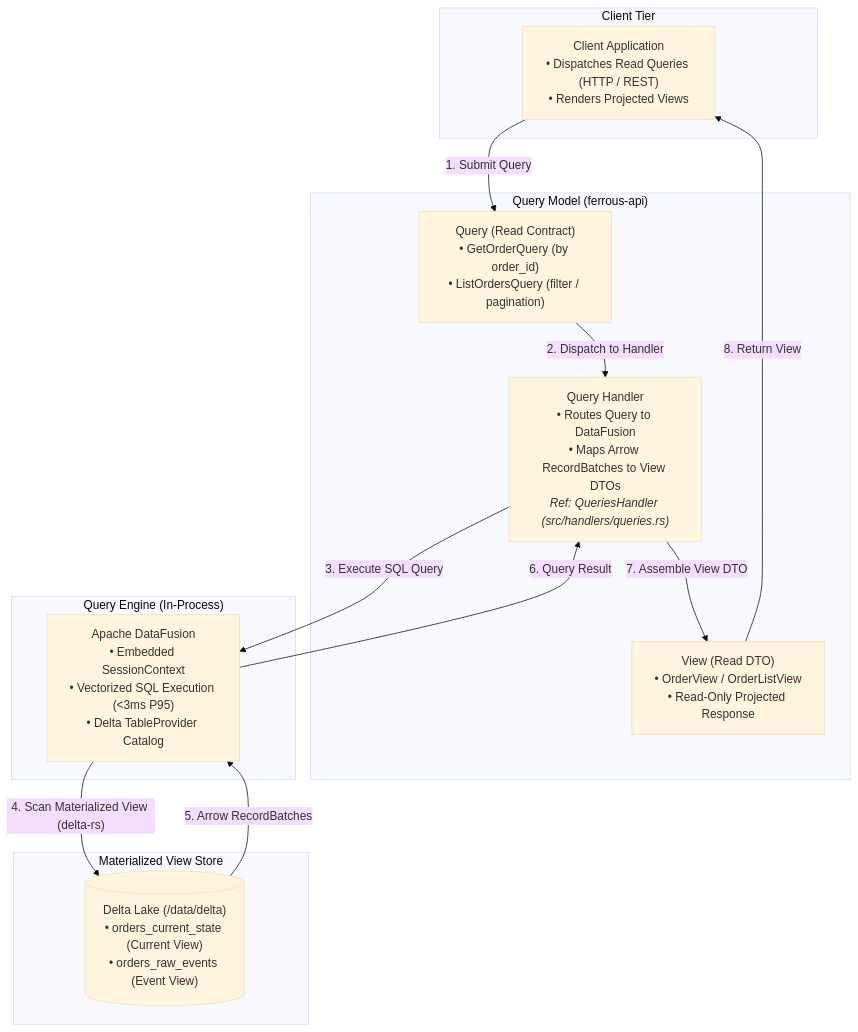
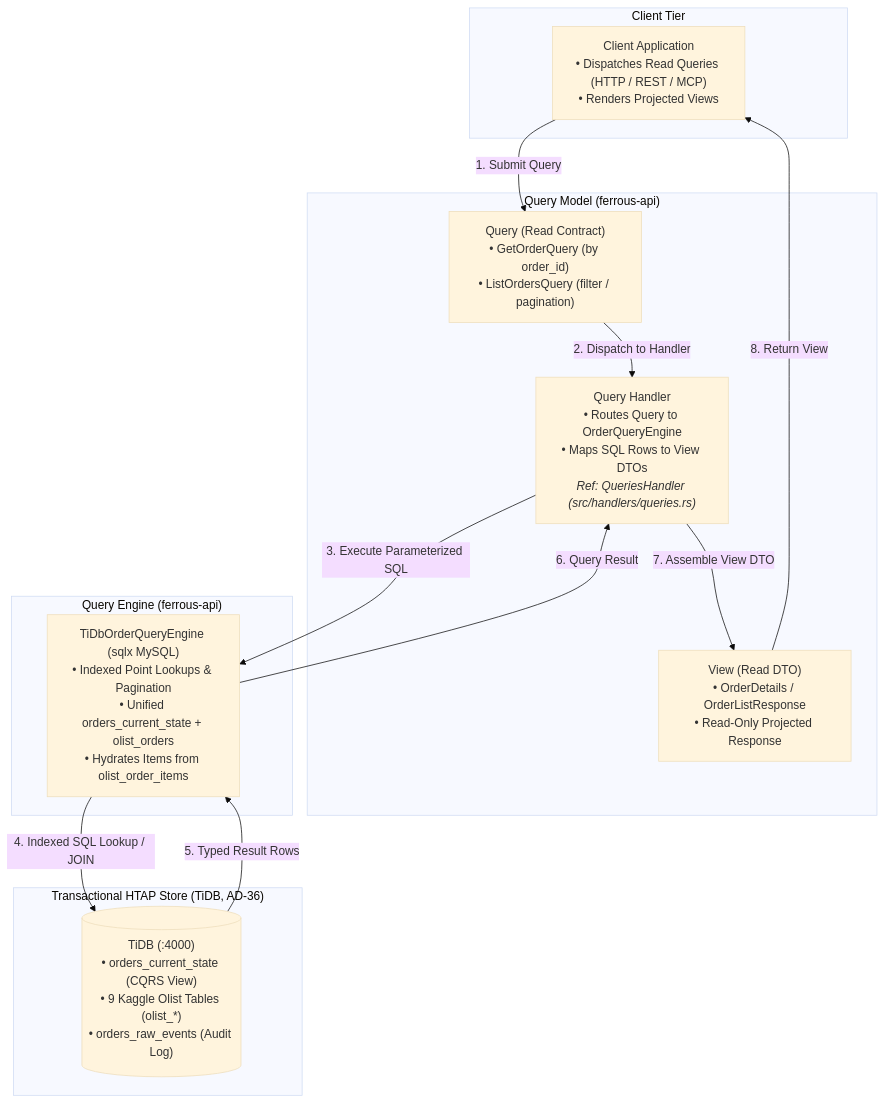
Before and after one commit to reidlai/ferrous-cx: the second of 2 diagrams in README.md, drawn with Mermaid (base theme). The commit also changed other lines of this file, not shown here.

Commit message:
docs(readme): update architecture diagrams, stack, and quickstart for TiDB (AD-36)

````diff
--- a/README.md
+++ b/README.md
@@ -117,34 +116,34 @@
 ```mermaid
 flowchart TD
     subgraph Client_Read ["Client Tier"]
-        ClientUI["Client Application<br/>• Dispatches Read Queries (HTTP / REST)<br/>• Renders Projected Views"]
+        ClientUI["Client Application<br/>• Dispatches Read Queries (HTTP / REST / MCP)<br/>• Renders Projected Views"]
     end
 
     subgraph Query_Tier ["Query Model (ferrous-api)"]
         Query["Query (Read Contract)<br/>• GetOrderQuery (by order_id)<br/>• ListOrdersQuery (filter / pagination)"]
-        QueryHandler["Query Handler<br/>• Routes Query to DataFusion<br/>• Maps Arrow RecordBatches to View DTOs<br/><i>Ref: QueriesHandler (src/handlers/queries.rs)</i>"]
-        View["View (Read DTO)<br/>• OrderView / OrderListView<br/>• Read-Only Projected Response"]
+        QueryHandler["Query Handler<br/>• Routes Query to OrderQueryEngine<br/>• Maps SQL Rows to View DTOs<br/><i>Ref: QueriesHandler (src/handlers/queries.rs)</i>"]
+        View["View (Read DTO)<br/>• OrderDetails / OrderListResponse<br/>• Read-Only Projected Response"]
     end
 
-    subgraph Query_Engine_Tier ["Query Engine (In-Process)"]
-        DataFusion["Apache DataFusion<br/>• Embedded SessionContext<br/>• Vectorized SQL Execution (<3ms P95)<br/>• Delta TableProvider Catalog"]
+    subgraph Query_Engine_Tier ["Query Engine (ferrous-api)"]
+        TiDbEngine["TiDbOrderQueryEngine (sqlx MySQL)<br/>• Indexed Point Lookups & Pagination<br/>• Unified orders_current_state + olist_orders<br/>• Hydrates Items from olist_order_items"]
     end
 
-    subgraph Read_Store_Tier ["Materialized View Store"]
-        DeltaLake[("Delta Lake (/data/delta)<br/>• orders_current_state (Current View)<br/>• orders_raw_events (Event View)")]
+    subgraph Read_Store_Tier ["Transactional HTAP Store (TiDB, AD-36)"]
+        TiDB[("TiDB (:4000)<br/>• orders_current_state (CQRS View)<br/>• 9 Kaggle Olist Tables (olist_*)<br/>• orders_raw_events (Audit Log)")]
     end
 
     Client_Read ~~~ Query_Tier
     Query_Tier ~~~ Query_Engine_Tier
     Query_Engine_Tier ~~~ Read_Store_Tier
 
     %% Query & View Flow
     ClientUI -->|"1. Submit Query"| Query
     Query -->|"2. Dispatch to Handler"| QueryHandler
-    QueryHandler -->|"3. Execute SQL Query"| DataFusion
-    DataFusion -->|"4. Scan Materialized View (delta-rs)"| DeltaLake
-    DeltaLake -->|"5. Arrow RecordBatches"| DataFusion
-    DataFusion -->|"6. Query Result"| QueryHandler
+    QueryHandler -->|"3. Execute Parameterized SQL"| TiDbEngine
+    TiDbEngine -->|"4. Indexed SQL Lookup / JOIN"| TiDB
+    TiDB -->|"5. Typed Result Rows"| TiDbEngine
+    TiDbEngine -->|"6. Query Result"| QueryHandler
     QueryHandler -->|"7. Assemble View DTO"| View
     View -->|"8. Return View"| ClientUI
 ```
````
